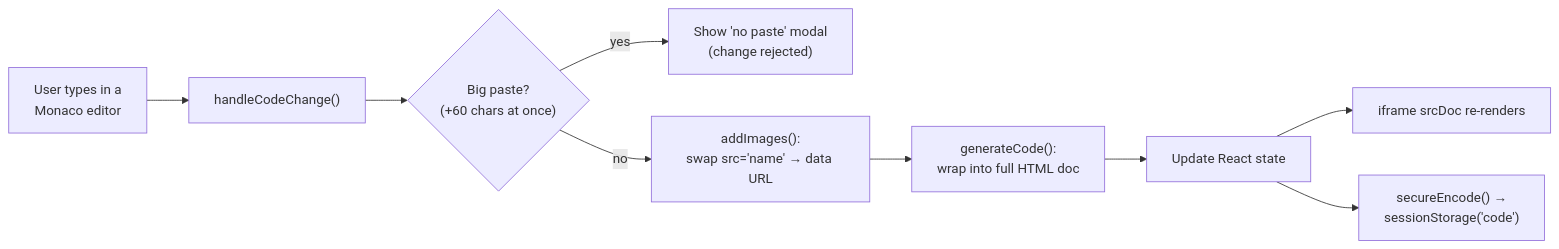
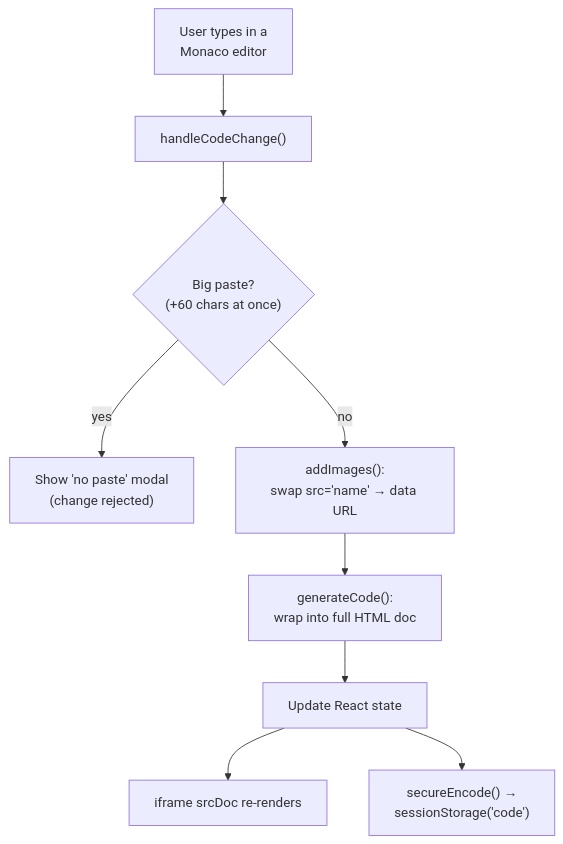
The second of 4 diagrams in README.md (HutanshSharma/Live-Editor), drawn with Mermaid before and after one commit. The commit also changed other lines of this file, not shown here.

````diff
--- a/README.md
+++ b/README.md
@@ -73,11 +73,11 @@
 ```mermaid
-flowchart LR
+flowchart TD
     K["User types in a<br/>Monaco editor"] --> L["handleCodeChange()"]
     L --> M{"Big paste?<br/>(+60 chars at once)"}
     M -- yes --> N["Show 'no paste' modal<br/>(change rejected)"]
     M -- no --> O["addImages():<br/>swap src='name' → data URL"]
     O --> P["generateCode():<br/>wrap into full HTML doc"]
     P --> Q["Update React state"]
     Q --> R["iframe srcDoc re-renders"]
     Q --> S["secureEncode() →<br/>sessionStorage('code')"]
 ```
````
